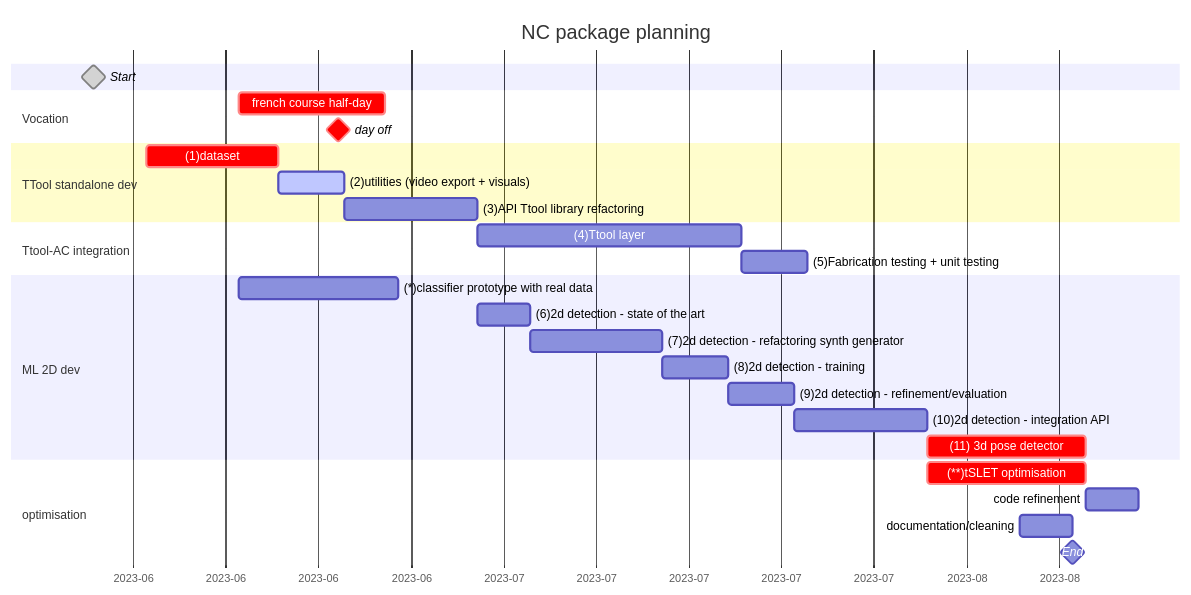
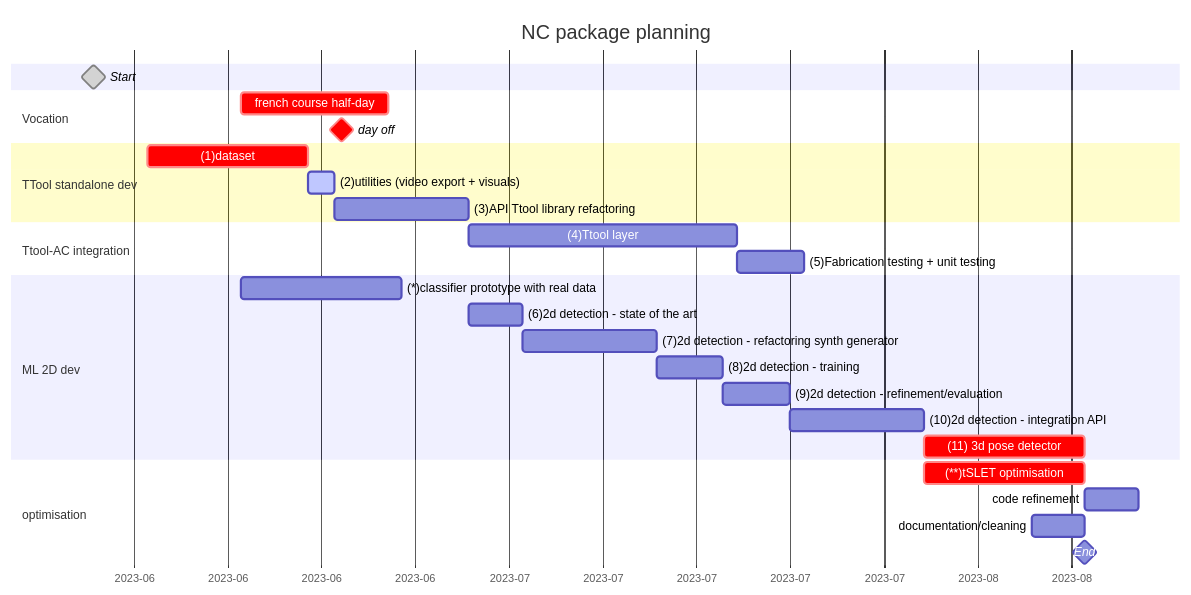
One commit to ibois-epfl/TTool changed the first of 3 diagrams in README.md. Above: the diagram before and after it, drawn with Mermaid.

Commit message:
UPDATE: planning

````diff
--- a/README.md
+++ b/README.md
@@ -10,38 +10,38 @@
 ```mermaid
 gantt
     dateFormat  YYYY-MM-DD
     title       NC package planning
     axisFormat %Y-%m
 
     Start                                                     :milestone, done, strt, 2023-06-01, 0d
 
     section Vocation
     french course half-day                                    :crit, 2023-06-12, 2023-06-23
     day off                                                   :crit, milestone, 2023-06-16
 
     section TTool standalone dev
-    (1)dataset                                                   :crit, dtset, 2023-06-05, 10d
-    (2)utilities (video export + visuals)                        :active, util, after dtset, 5d
+    (1)dataset                                                   :crit, dtset, 2023-06-05, 12d
+    (2)utilities (video export + visuals)                        :active, util, after dtset, 2d
     (3)API Ttool library refactoring                             :apirefct, after util, 10d
 
     section Ttool-AC integration
     (4)Ttool layer                                               :ttollay, after apirefct, 20d
     (5)Fabrication testing + unit testing                        :ftref, after ttollay, 5d
 
     section ML 2D dev
     (*)classifier prototype with real data                       :classrdata, 2023-06-12, 2023-06-24
     (6)2d detection - state of the art                           :2ddetsota, after apirefct, 4d
     (7)2d detection - refactoring synth generator                :2ddetref, after 2ddetsota, 10d
     (8)2d detection - training                                   :2ddettra, after 2ddetref, 5d
     (9)2d detection - refinement/evaluation                      :2ddetrefin, after 2ddettra, 5d
     (10)2d detection - integration API                           :2ddetinteg, after 2ddetrefin, 10d
     (11) 3d pose detector                                        :crit, 3dposde, after 2ddetinteg, 12d
 
     section optimisation
     (**)tSLET optimisation                                        :crit, optim, after 2ddetinteg, 12d
 
     code refinement                                           :ref, after 3dposde, 4d
     documentation/cleaning                                    :docclean, 2023-08-10, 2023-08-14
 
     End                                                       :milestone, ender, 2023-08-14, 0d
 ```
````
